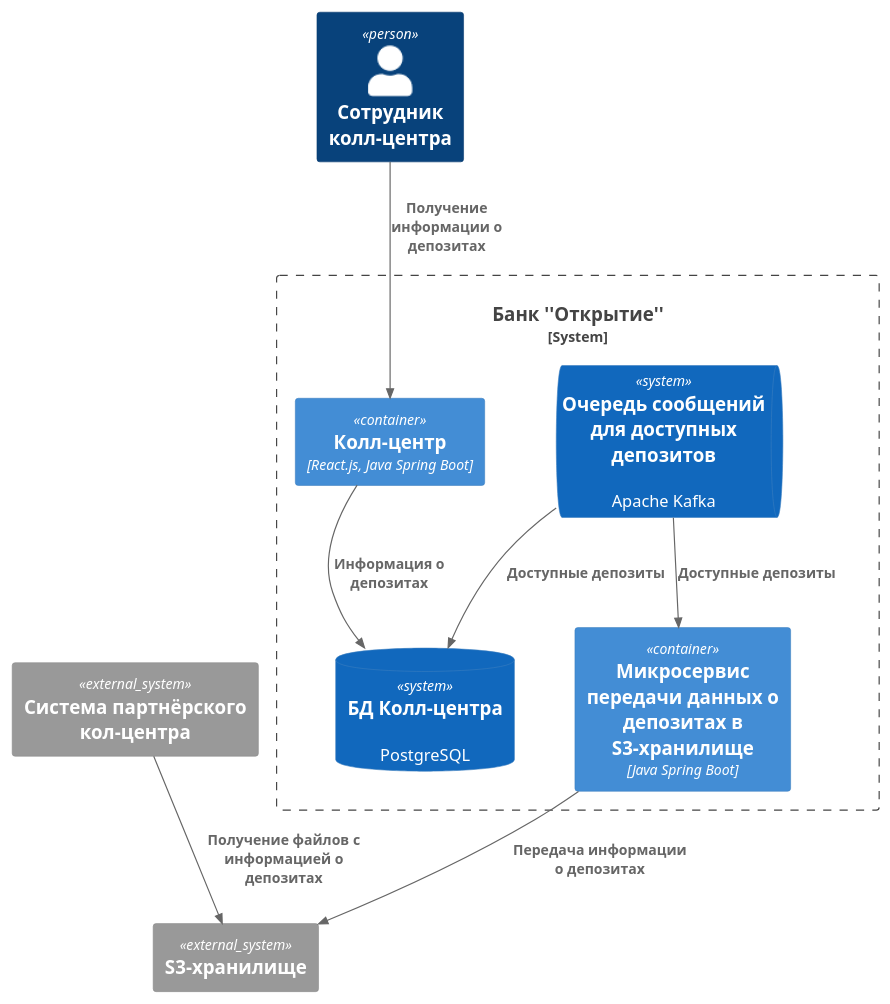
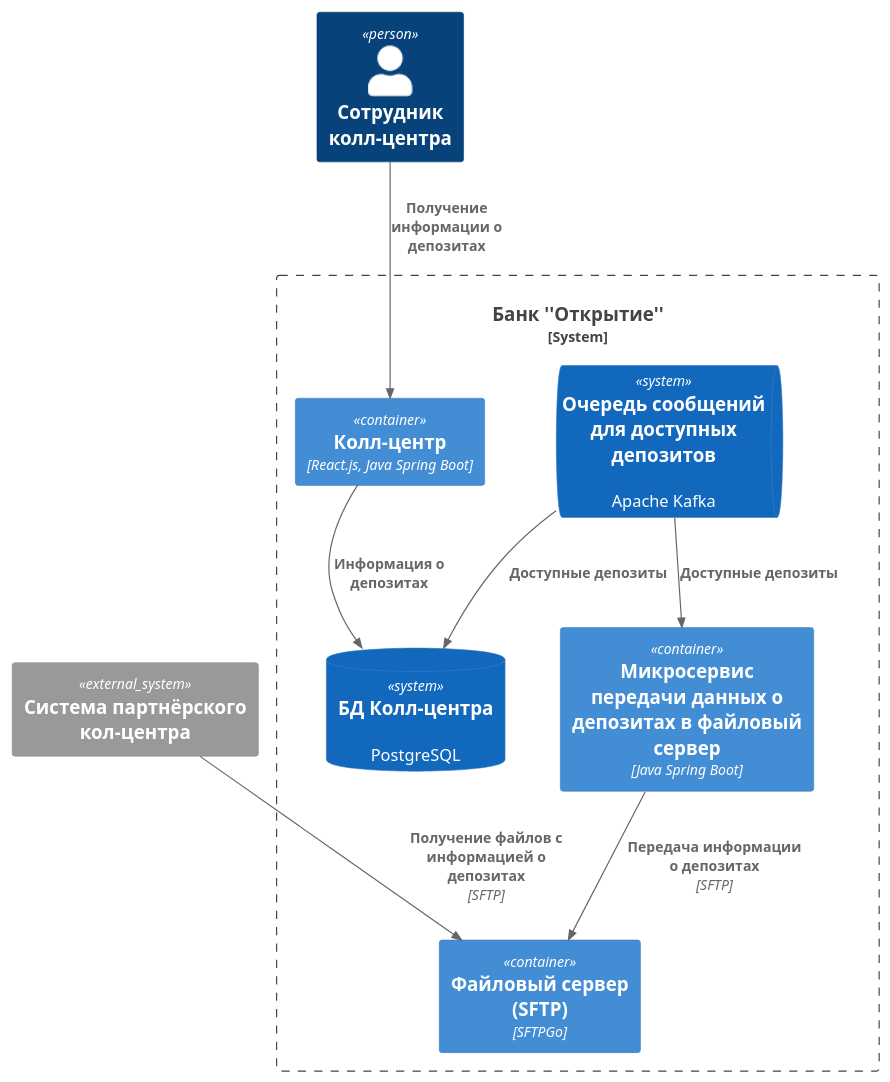
The diagram in Exc4/diagrams_src/container_diagram.puml (snakeduse/architecture-sprint-9), drawn with PlantUML before and after one commit. The commit also changed 2 other files, not shown here.

Commit message:
feat(Exc4): Отказался от S3 в пользу SFTP-сервера

```diff
--- a/Exc4/diagrams_src/container_diagram.puml
+++ b/Exc4/diagrams_src/container_diagram.puml
@@ -1,28 +1,29 @@
 @startuml open_deposit
 
 !include https://raw.githubusercontent.com/plantuml-stdlib/C4-PlantUML/master/C4_Container.puml
 
 top to bottom direction
 
 System_Ext(externalCallCenter, "Система партнёрского кол-центра")
-System_Ext(s3Storage, "S3-хранилище")
+' System_Ext(s3Storage, "S3-хранилище")
 Person(call_employee, "Сотрудник колл-центра", "")
 
 System_Boundary(bank, "Банк ''Открытие''") {
     SystemQueue(q_all_deposits, "Очередь сообщений для доступных депозитов", "Apache Kafka")
     Container(call_center, "Колл-центр", "React.js, Java Spring Boot")
     SystemDb(call_center_db, "БД Колл-центра", "PostgreSQL")
-    Container(svc_deposits_to_s3, "Микросервис передачи данных о депозитах в S3-хранилище", "Java Spring Boot")
+    Container(svc_deposits_to_sftp, "Микросервис передачи данных о депозитах в файловый сервер", "Java Spring Boot")
+    Container(sftp_server, "Файловый сервер (SFTP)", "SFTPGo")
 }
 
 ' Передача данных о доступных депозитах в колл-центр
 Rel(q_all_deposits, call_center_db, "Доступные депозиты")
 Rel(call_center, call_center_db, "Информация о депозитах")
 Rel(call_employee, call_center, "Получение информации о депозитах")
 
 ' Передача информации о депозитах в партнерский колл-центр
-Rel(q_all_deposits, svc_deposits_to_s3, "Доступные депозиты")
-Rel(svc_deposits_to_s3, s3Storage, "Передача информации о депозитах")
-Rel(externalCallCenter, s3Storage, "Получение файлов с информацией о депозитах")
+Rel(q_all_deposits, svc_deposits_to_sftp, "Доступные депозиты")
+Rel(svc_deposits_to_sftp, sftp_server, "Передача информации о депозитах", "SFTP")
+Rel(externalCallCenter, sftp_server, "Получение файлов с информацией о депозитах", "SFTP")
 
 @enduml
```
